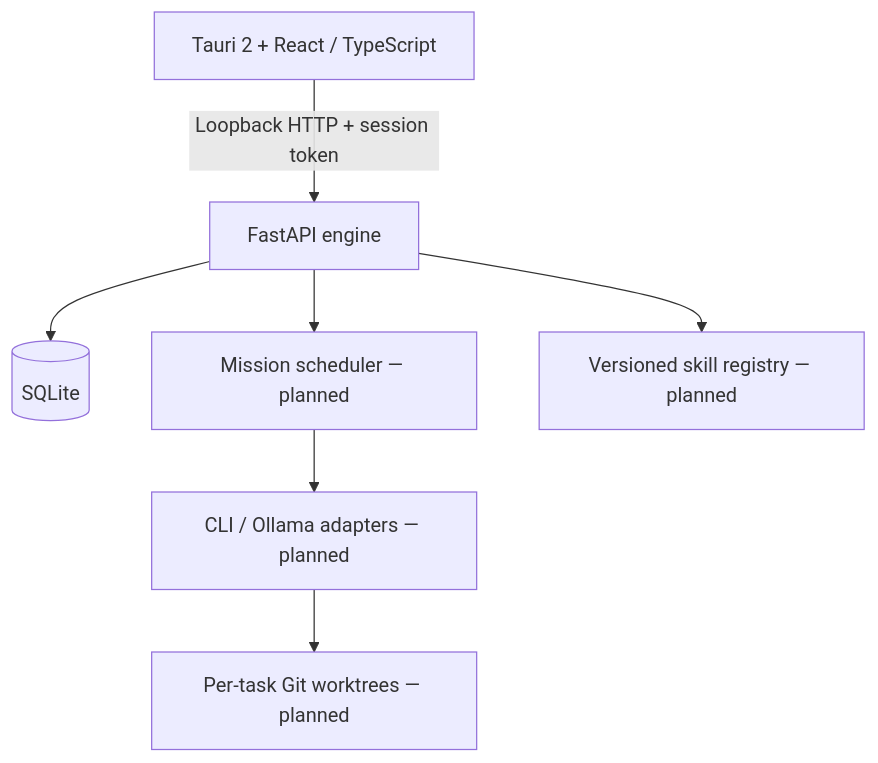
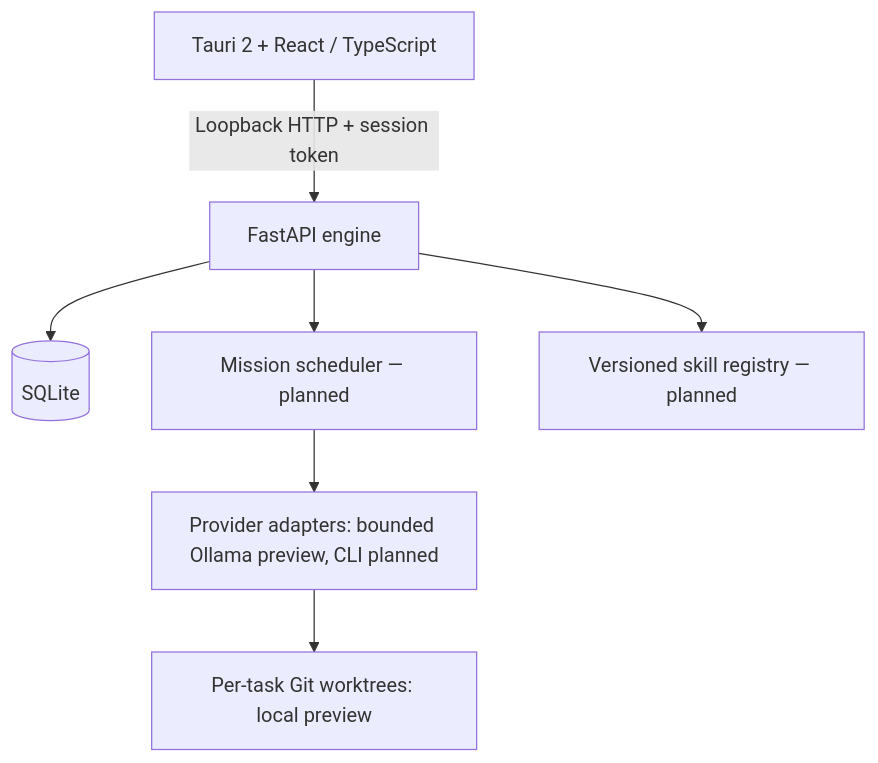
The first of 2 diagrams in docs/architecture.md (roshan-davis/orbit), drawn with Mermaid before and after one commit. The commit also changed other lines of this file and 6 other files, not shown here.

````diff
--- a/docs/architecture.md
+++ b/docs/architecture.md
@@ -4,9 +4,9 @@
 ```mermaid
 flowchart TD
   UI[Tauri 2 + React / TypeScript] -->|Loopback HTTP + session token| API[FastAPI engine]
   API --> DB[(SQLite)]
   API --> Scheduler[Mission scheduler — planned]
-  Scheduler --> Workers[CLI / Ollama adapters — planned]
-  Workers --> Trees[Per-task Git worktrees — planned]
+  Scheduler --> Workers[Provider adapters: bounded Ollama preview, CLI planned]
+  Workers --> Trees[Per-task Git worktrees: local preview]
   API --> Skills[Versioned skill registry — planned]
 ```
````
